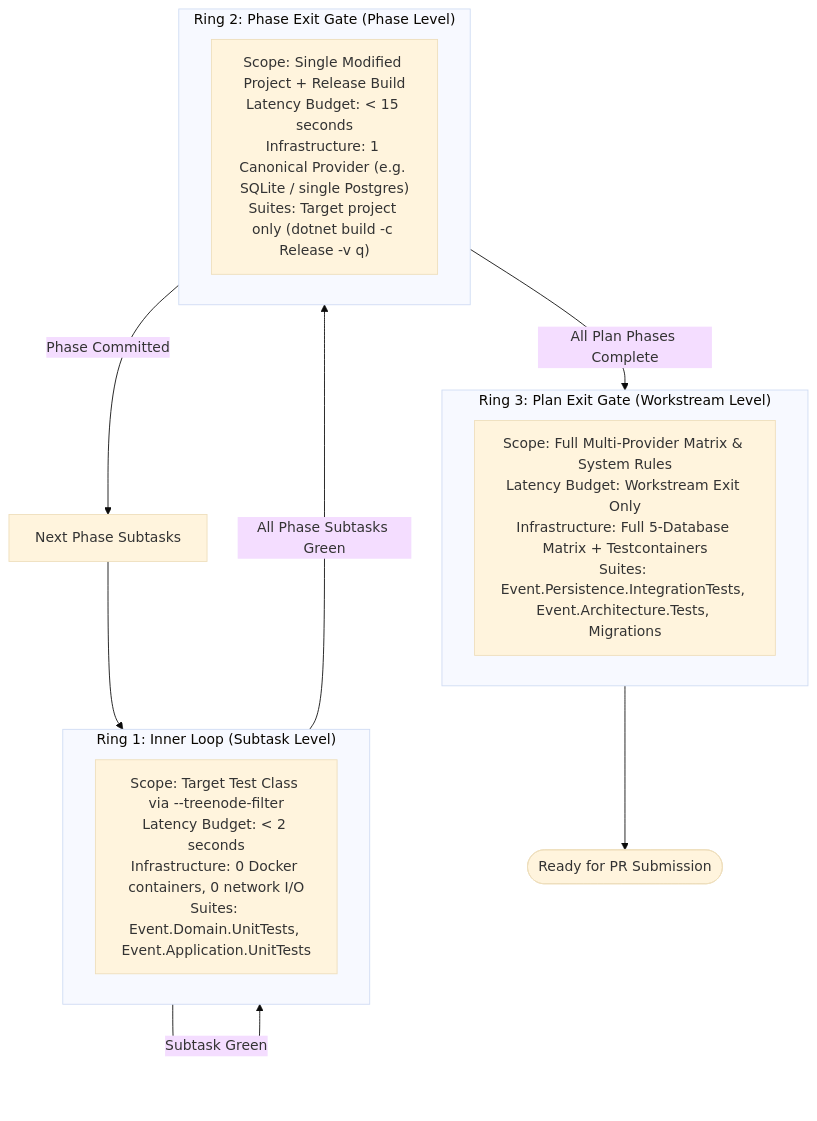
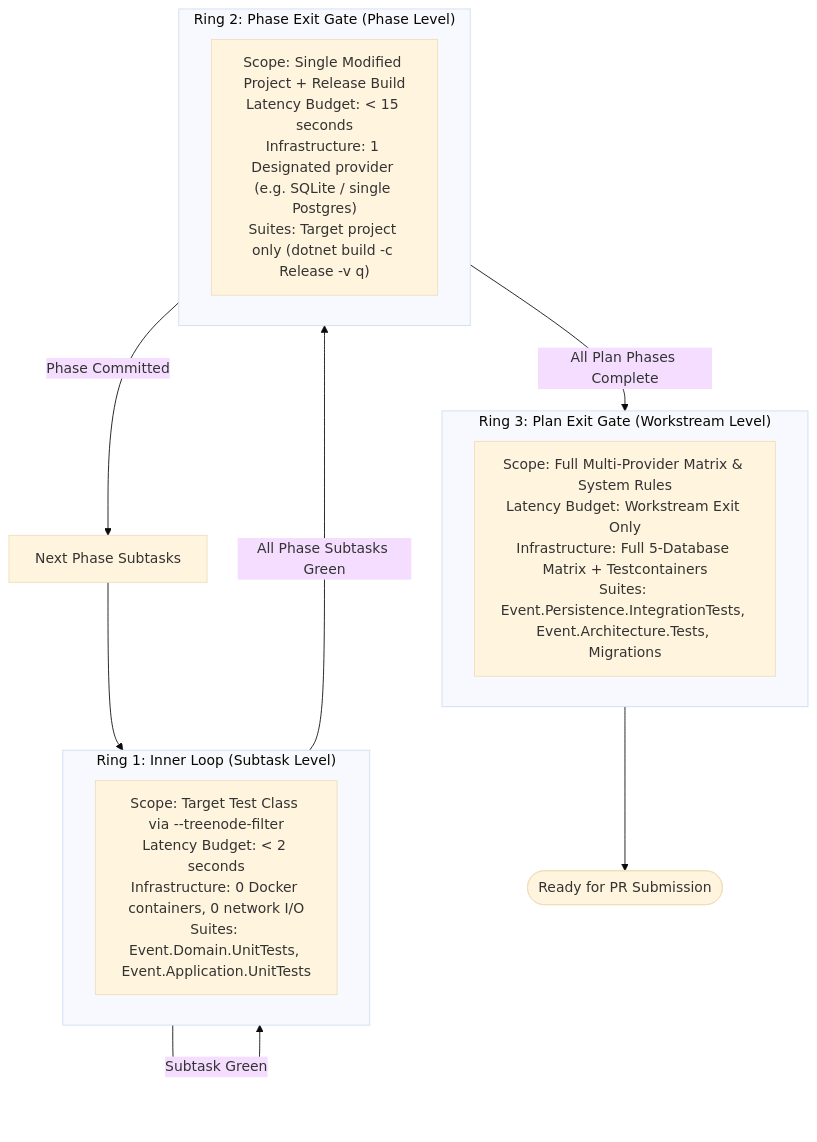
The eighth of 11 diagrams in docs/internal/AGENTIC_CONTEXT_ENGINEERING.md (islamu-ngo/Event), drawn with Mermaid (base theme) before and after one commit. The commit also changed other lines of this file and 242 other files, not shown here.

````diff
--- a/docs/internal/AGENTIC_CONTEXT_ENGINEERING.md
+++ b/docs/internal/AGENTIC_CONTEXT_ENGINEERING.md
@@ -526,21 +526,21 @@
 ```mermaid
 flowchart TD
     subgraph Ring1["Ring 1: Inner Loop (Subtask Level)"]
         R1Scope["Scope: Target Test Class via --treenode-filter\nLatency Budget: < 2 seconds\nInfrastructure: 0 Docker containers, 0 network I/O\nSuites: Event.Domain.UnitTests, Event.Application.UnitTests"]
     end
 
     subgraph Ring2["Ring 2: Phase Exit Gate (Phase Level)"]
-        R2Scope["Scope: Single Modified Project + Release Build\nLatency Budget: < 15 seconds\nInfrastructure: 1 Canonical Provider (e.g. SQLite / single Postgres)\nSuites: Target project only (dotnet build -c Release -v q)"]
+        R2Scope["Scope: Single Modified Project + Release Build\nLatency Budget: < 15 seconds\nInfrastructure: 1 Designated provider (e.g. SQLite / single Postgres)\nSuites: Target project only (dotnet build -c Release -v q)"]
     end
 
     subgraph Ring3["Ring 3: Plan Exit Gate (Workstream Level)"]
         R3Scope["Scope: Full Multi-Provider Matrix & System Rules\nLatency Budget: Workstream Exit Only\nInfrastructure: Full 5-Database Matrix + Testcontainers\nSuites: Event.Persistence.IntegrationTests, Event.Architecture.Tests, Migrations"]
     end
 
     Ring1 -->|Subtask Green| Ring1
     Ring1 -->|All Phase Subtasks Green| Ring2
     Ring2 -->|Phase Committed| NextPhase["Next Phase Subtasks"]
     NextPhase --> Ring1
     Ring2 -->|All Plan Phases Complete| Ring3
     Ring3 --> PRReady(["Ready for PR Submission"])
 ```
````
